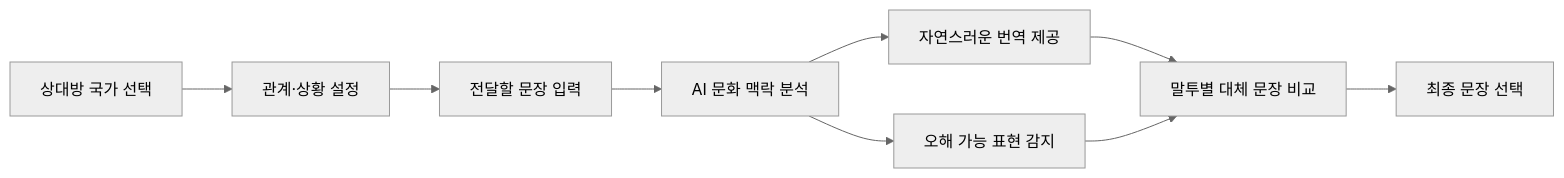
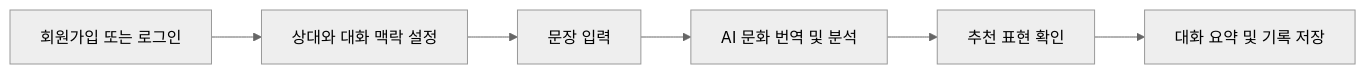
The diagram in README.md (seungjae223/MalGo_Front), drawn with Mermaid (neutral theme) before and after one commit. The commit also changed other lines of this file, not shown here.

````diff
--- a/README.md
+++ b/README.md
@@ -75,11 +49,8 @@
 ```mermaid
 flowchart LR
-    A["상대방 국가 선택"] --> B["관계·상황 설정"]
-    B --> C["전달할 문장 입력"]
-    C --> D["AI 문화 맥락 분석"]
-    D --> E["자연스러운 번역 제공"]
-    D --> F["오해 가능 표현 감지"]
-    E --> G["말투별 대체 문장 비교"]
-    F --> G
-    G --> H["최종 문장 선택"]
+    A[회원가입 또는 로그인] --> B[상대와 대화 맥락 설정]
+    B --> C[문장 입력]
+    C --> D[AI 문화 번역 및 분석]
+    D --> E[추천 표현 확인]
+    E --> F[대화 요약 및 기록 저장]
 ```
````
